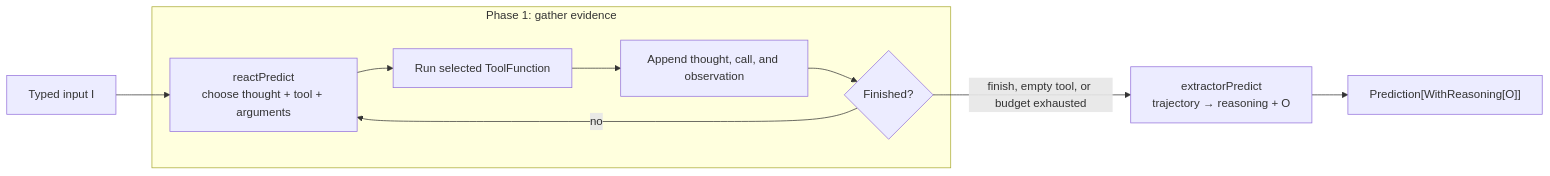
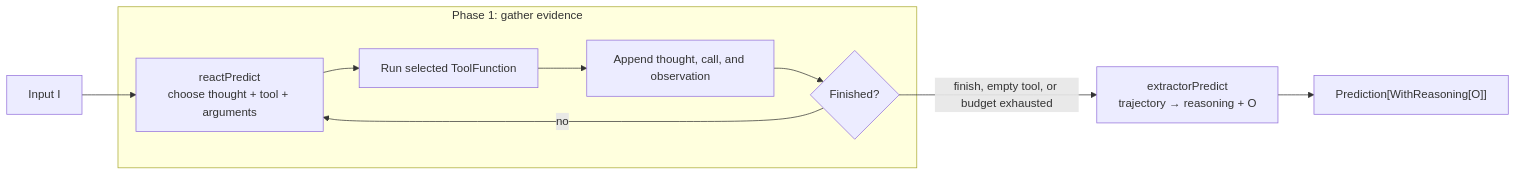
Before and after one commit to jpablo/dspy4s: the first of 3 diagrams in modules/programs/src/main/scala/dspy4s/programs/strategies/ReAct.md, drawn with Mermaid. The commit also changed other lines of this file and 218 other files, not shown here.

````diff
--- a/modules/programs/src/main/scala/dspy4s/programs/strategies/ReAct.md
+++ b/modules/programs/src/main/scala/dspy4s/programs/strategies/ReAct.md
@@ -16,16 +16,16 @@
 ```mermaid
 flowchart LR
-    input["Typed input I"]
+    input["Input I"]
 
     subgraph loop["Phase 1: gather evidence"]
         react["reactPredict<br/>choose thought + tool + arguments"]
         react --> execute["Run selected ToolFunction"]
         execute --> observe["Append thought, call, and observation"]
         observe --> decision{"Finished?"}
         decision -->|"no"| react
     end
 
     input --> react
     decision -->|"finish, empty tool, or budget exhausted"| extract["extractorPredict<br/>trajectory → reasoning + O"]
     extract --> output["Prediction[WithReasoning[O]]"]
 ```
````
